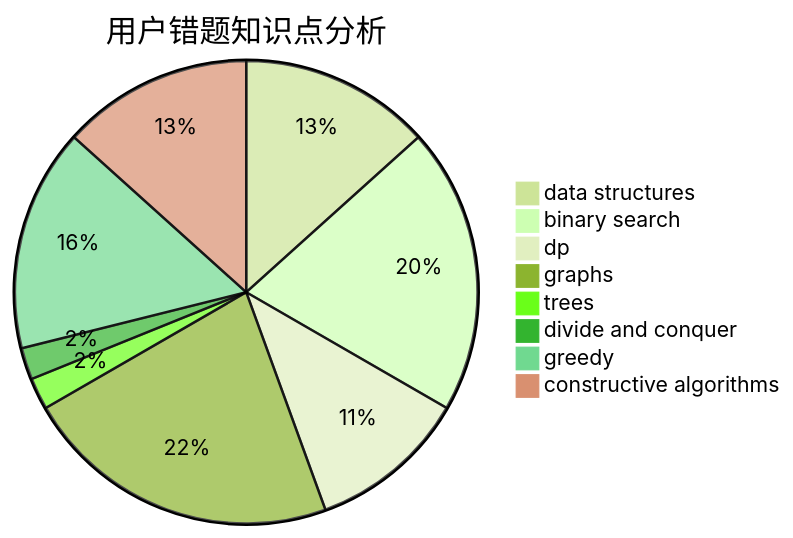
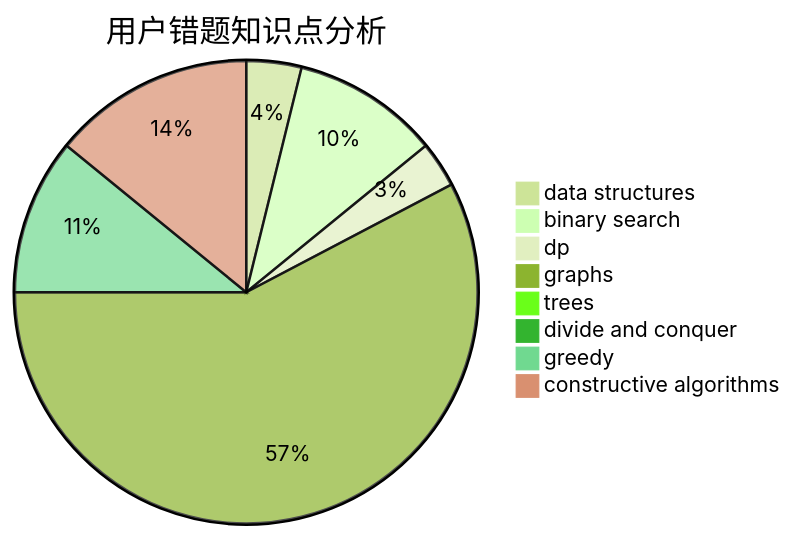
One commit to sherpahu/cfrs.github.io changed the third of 3 diagrams in docs/user/u206.md. Above: the diagram before and after it, drawn with Mermaid (forest theme). The commit also changed other lines of this file and 2770 other files, not shown here.

````diff
--- a/docs/user/u206.md
+++ b/docs/user/u206.md
@@ -36,11 +36,11 @@
 ```mermaid
 pie title 用户错题知识点分析
     "data structures" :  6
-    "binary search" :  9
+    "binary search" :  16
     "dp" :  5
-    "graphs" :  10
+    "graphs" :  90
     "trees" :  1
     "divide and conquer" :  1
-    "greedy" :  7
-    "constructive algorithms" :  6
+    "greedy" :  17
+    "constructive algorithms" :  22
 ```
````
